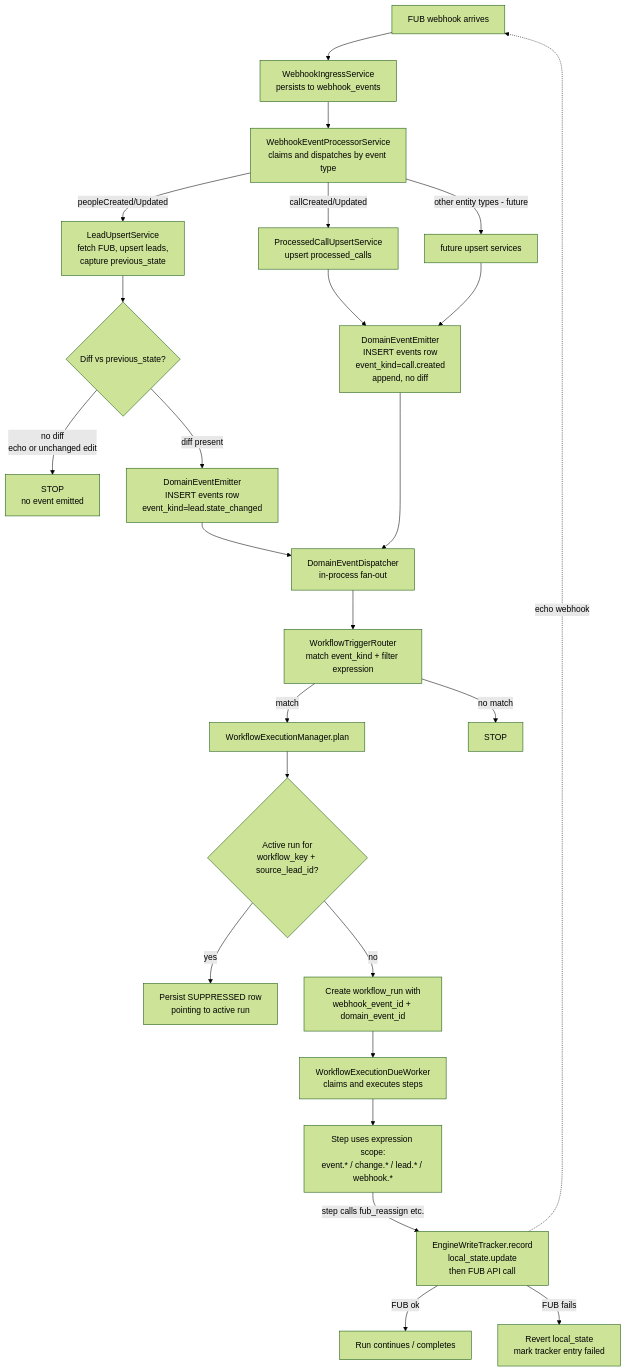
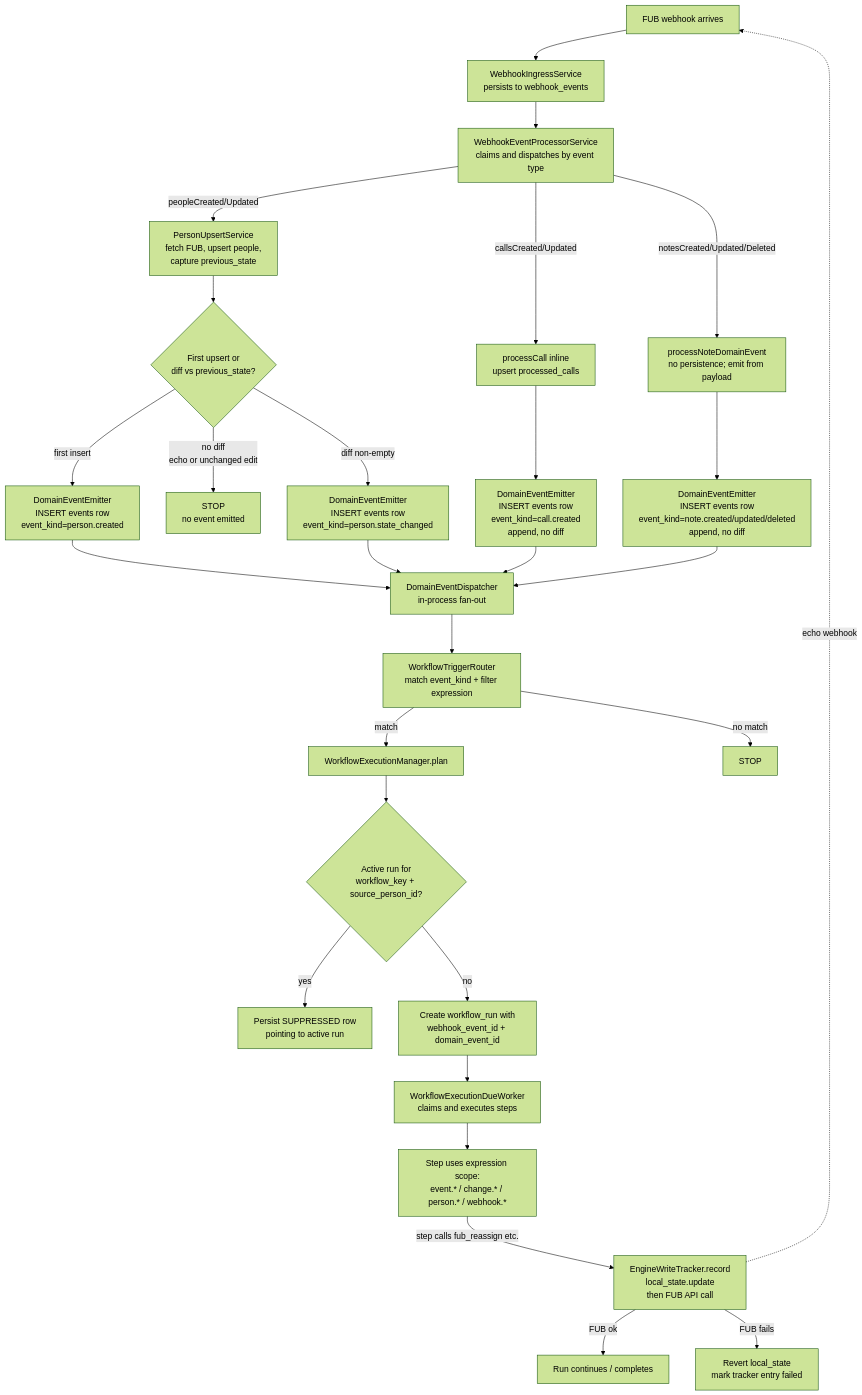
Before and after one commit to sarathkumar365/FUB-Automation: the diagram in Docs/features/domain-events/plan.md, drawn with Mermaid (forest theme). The commit also changed other lines of this file and 2 other files, not shown here.

First line of the commit message:
docs(domain-events): lock in Pre-Phase-2 decisions (Person/persons/kind, Q1=B, Q2=C, Q3=B)

````diff
--- a/Docs/features/domain-events/plan.md
+++ b/Docs/features/domain-events/plan.md
@@ -50,38 +52,41 @@
 ```mermaid
 flowchart TD
     A[FUB webhook arrives] --> B[WebhookIngressService\npersists to webhook_events]
     B --> C[WebhookEventProcessorService\nclaims and dispatches by event type]
 
-    C -->|peopleCreated/Updated| D[LeadUpsertService\nfetch FUB, upsert leads,\ncapture previous_state]
-    C -->|callCreated/Updated| E[ProcessedCallUpsertService\nupsert processed_calls]
-    C -->|other entity types - future| F[future upsert services]
+    C -->|peopleCreated/Updated| D[PersonUpsertService\nfetch FUB, upsert people,\ncapture previous_state]
+    C -->|callsCreated/Updated| E[processCall inline\nupsert processed_calls]
+    C -->|notesCreated/Updated/Deleted| EN[processNoteDomainEvent\nno persistence; emit from payload]
 
-    D --> G{Diff vs previous_state?}
+    D --> G{First upsert or\ndiff vs previous_state?}
+    G -->|first insert| GC[DomainEventEmitter\nINSERT events row\nevent_kind=person.created]
     G -->|no diff\necho or unchanged edit| H[STOP\nno event emitted]
-    G -->|diff present| I[DomainEventEmitter\nINSERT events row\nevent_kind=lead.state_changed]
+    G -->|diff non-empty| I[DomainEventEmitter\nINSERT events row\nevent_kind=person.state_changed]
 
     E --> J[DomainEventEmitter\nINSERT events row\nevent_kind=call.created\nappend, no diff]
-    F --> J
+    EN --> JN[DomainEventEmitter\nINSERT events row\nevent_kind=note.created/updated/deleted\nappend, no diff]
 
-    I --> K[DomainEventDispatcher\nin-process fan-out]
+    GC --> K[DomainEventDispatcher\nin-process fan-out]
+    I --> K
     J --> K
+    JN --> K
 
     K --> L[WorkflowTriggerRouter\nmatch event_kind + filter expression]
     L -->|match| M[WorkflowExecutionManager.plan]
     L -->|no match| N[STOP]
 
-    M --> O{Active run for\nworkflow_key + source_lead_id?}
+    M --> O{Active run for\nworkflow_key + source_person_id?}
     O -->|yes| P[Persist SUPPRESSED row\npointing to active run]
     O -->|no| Q[Create workflow_run with\nwebhook_event_id + domain_event_id]
 
     Q --> R[WorkflowExecutionDueWorker\nclaims and executes steps]
-    R --> S[Step uses expression scope:\nevent.* / change.* / lead.* / webhook.*]
+    R --> S[Step uses expression scope:\nevent.* / change.* / person.* / webhook.*]
 
     S -->|step calls fub_reassign etc.| T[EngineWriteTracker.record\nlocal_state.update\nthen FUB API call]
     T -->|FUB ok| U[Run continues / completes]
     T -->|FUB fails| V[Revert local_state\nmark tracker entry failed]
 
     %% Echo loop
     T -.echo webhook.-> A
     %% The echo arrives, runs through D, G — no diff because local already updated → loop terminates at H
 ```
````
